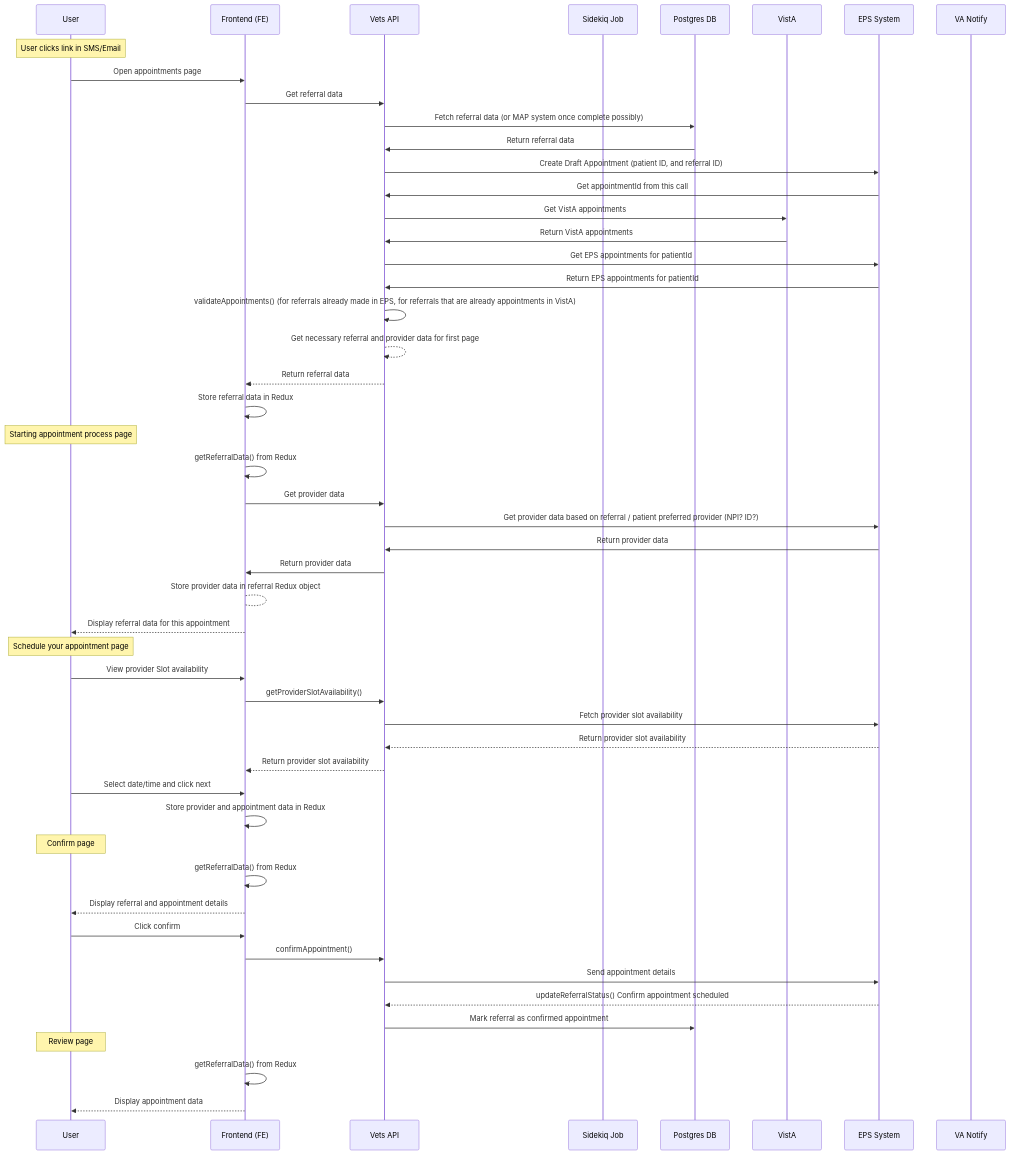
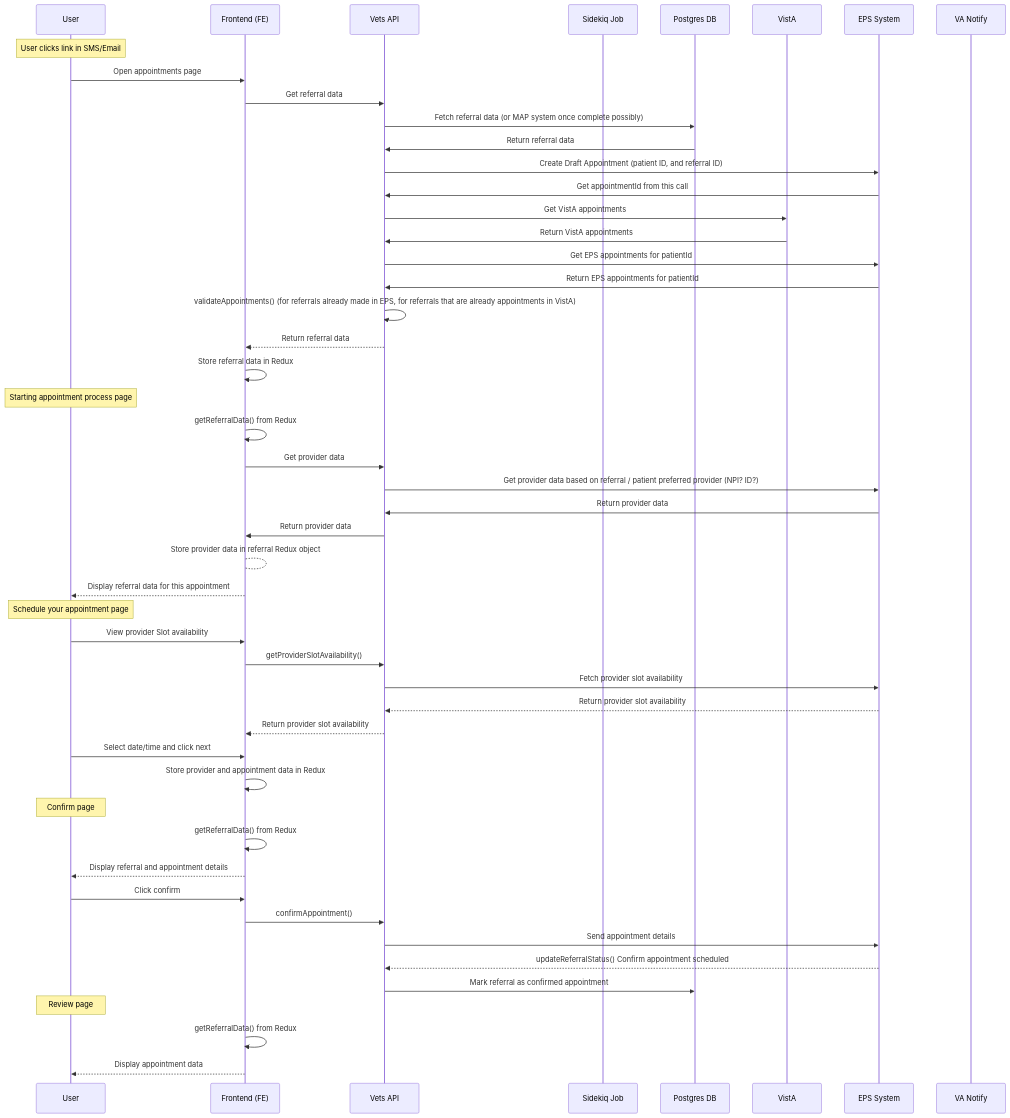
Before and after one commit to department-of-veterans-affairs/va.gov-team: the fourth of 4 diagrams in products/health-care/appointments/va-online-scheduling/engineering/architecture/community-care-technical-documentation.md, drawn with Mermaid.

````diff
--- a/products/health-care/appointments/va-online-scheduling/engineering/architecture/community-care-technical-documentation.md
+++ b/products/health-care/appointments/va-online-scheduling/engineering/architecture/community-care-technical-documentation.md
@@ -134,59 +134,58 @@
 ```mermaid
 sequenceDiagram
     participant User
     participant Frontend as Frontend (FE)
     participant VetsAPI as Vets API
     participant Sidekiq as Sidekiq Job
     participant Postgres as Postgres DB
     participant VistA as VistA
     participant EPS as EPS System
     participant VA as VA Notify
 
     Note over User: User clicks link in SMS/Email
     User->>Frontend: Open appointments page
     Frontend->>VetsAPI: Get referral data
     VetsAPI->>Postgres: Fetch referral data (or MAP system once complete possibly)
     Postgres->>VetsAPI: Return referral data
     VetsAPI->>EPS: Create Draft Appointment (patient ID, and referral ID)
     EPS->>VetsAPI: Get appointmentId from this call
     VetsAPI->>VistA: Get VistA appointments
     VistA->>VetsAPI: Return VistA appointments
     VetsAPI->>EPS: Get EPS appointments for patientId
     EPS->>VetsAPI: Return EPS appointments for patientId
     VetsAPI->>VetsAPI: validateAppointments() (for referrals already made in EPS, for referrals that are already appointments in VistA)
-    VetsAPI-->>VetsAPI: Get necessary referral and provider data for first page
     VetsAPI-->>Frontend: Return referral data
     Frontend->>Frontend: Store referral data in Redux
     
 
     Note over User: Starting appointment process page
     Frontend->>Frontend: getReferralData() from Redux
     Frontend->>VetsAPI: Get provider data
     VetsAPI->>EPS: Get provider data based on referral / patient preferred provider (NPI? ID?)
     EPS->>VetsAPI: Return provider data
     VetsAPI->>Frontend: Return provider data
     Frontend-->Frontend: Store provider data in referral Redux object
     Frontend-->>User: Display referral data for this appointment
 
     Note over User: Schedule your appointment page
     User->>Frontend: View provider Slot availability
     Frontend->>VetsAPI: getProviderSlotAvailability()
     VetsAPI->>EPS: Fetch provider slot availability
     EPS-->>VetsAPI: Return provider slot availability
     VetsAPI-->>Frontend: Return provider slot availability
     User->>Frontend: Select date/time and click next
     Frontend->>Frontend: Store provider and appointment data in Redux
 
     Note over User: Confirm page
     Frontend->>Frontend: getReferralData() from Redux
     Frontend-->>User: Display referral and appointment details
     User->>Frontend: Click confirm
     Frontend->>VetsAPI: confirmAppointment()
     VetsAPI->>EPS: Send appointment details
     EPS-->>VetsAPI: updateReferralStatus() Confirm appointment scheduled
     VetsAPI->>Postgres: Mark referral as confirmed appointment
 
     Note over User: Review page
     Frontend->>Frontend: getReferralData() from Redux
     Frontend-->>User: Display appointment data
 ```
````
